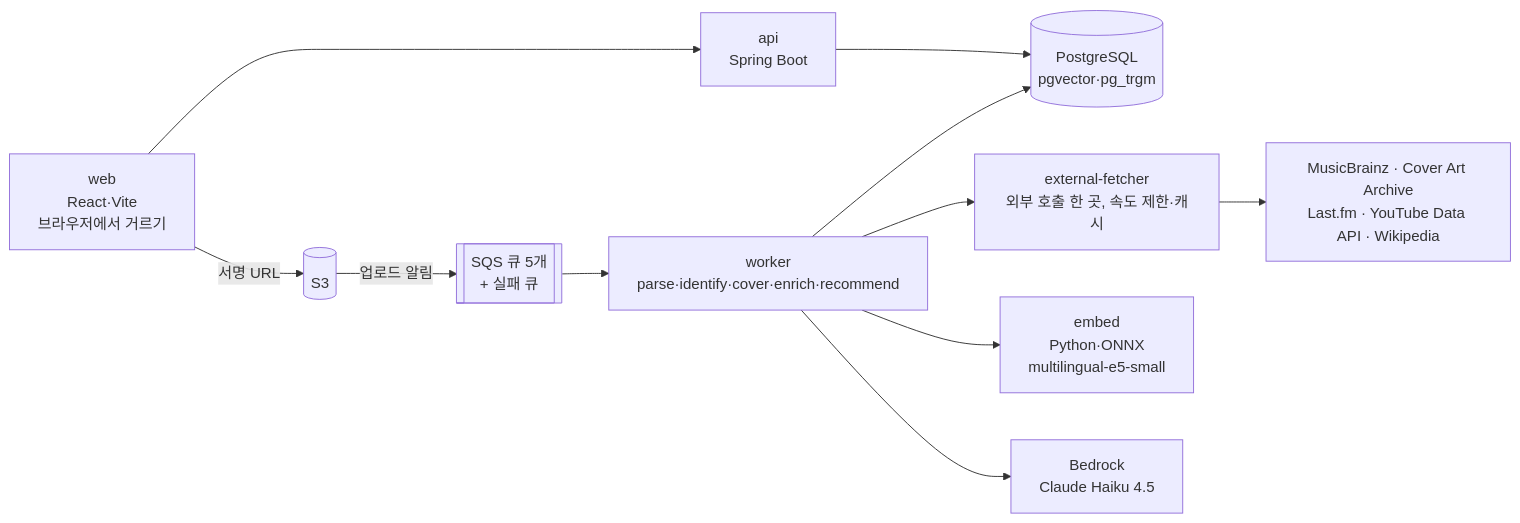
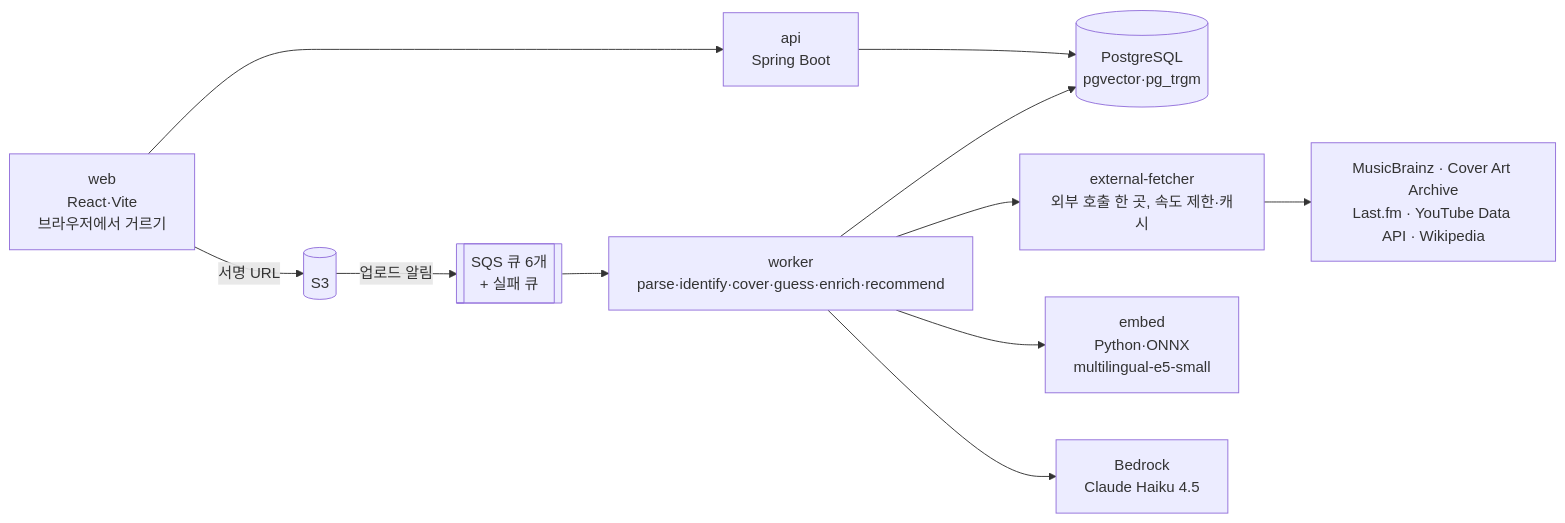
Before and after one commit to SANGWOO-JOO/gyeol: the diagram in README.md, drawn with Mermaid. The commit also changed other lines of this file and 1 other file, not shown here.

````diff
--- a/README.md
+++ b/README.md
@@ -27,13 +28,13 @@
 ```mermaid
 flowchart LR
   web[web<br/>React·Vite<br/>브라우저에서 거르기] -->|서명 URL| s3[(S3)]
   web --> api[api<br/>Spring Boot]
-  s3 -->|업로드 알림| sqs[[SQS 큐 5개<br/>+ 실패 큐]]
-  sqs --> worker[worker<br/>parse·identify·cover·enrich·recommend]
+  s3 -->|업로드 알림| sqs[[SQS 큐 6개<br/>+ 실패 큐]]
+  sqs --> worker[worker<br/>parse·identify·cover·guess·enrich·recommend]
   api --> db[(PostgreSQL<br/>pgvector·pg_trgm)]
   worker --> db
   worker --> fetcher[external-fetcher<br/>외부 호출 한 곳, 속도 제한·캐시]
   worker --> embed[embed<br/>Python·ONNX<br/>multilingual-e5-small]
   worker --> bedrock[Bedrock<br/>Claude Haiku 4.5]
   fetcher --> ext[MusicBrainz · Cover Art Archive<br/>Last.fm · YouTube Data API · Wikipedia]
 ```
````
